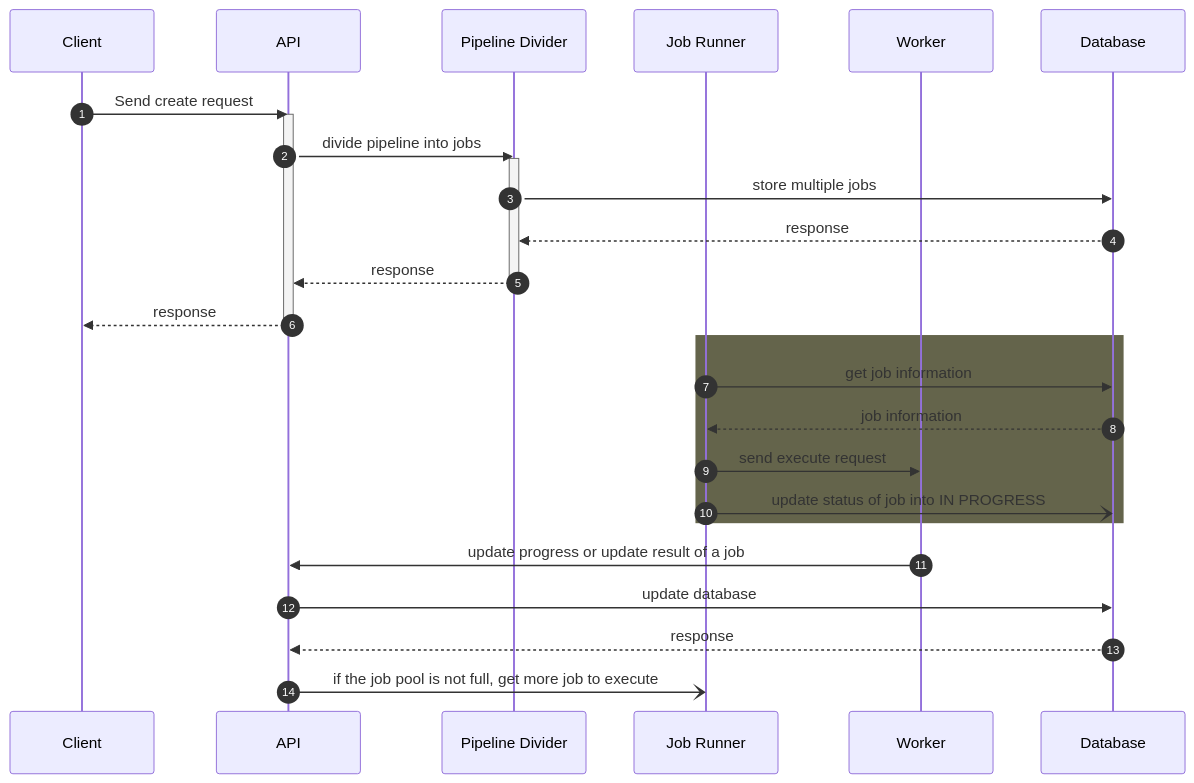
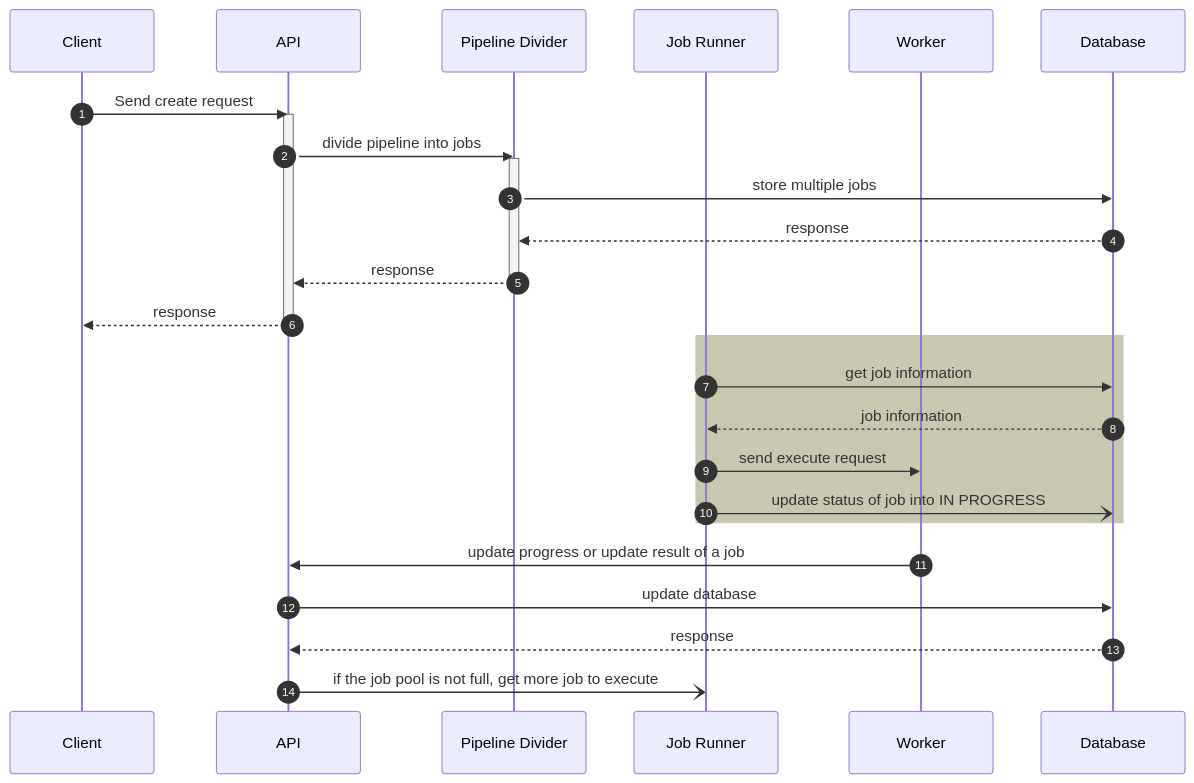
Before and after one commit to ducminhgd/task-pipeline: the second of 3 diagrams in README.md, drawn with Mermaid.

Commit message:
Change color

````diff
--- a/README.md
+++ b/README.md
@@ -108,31 +108,31 @@
 ```mermaid
 sequenceDiagram
     autonumber
     participant Client
     participant API
     participant Pipeline Divider
     participant Job Runner
     participant Worker
     participant Database
     Client ->> API: Send create request
     activate API
     API ->> Pipeline Divider: divide pipeline into jobs
     activate Pipeline Divider
     Pipeline Divider ->> Database: store multiple jobs
     Database -->> Pipeline Divider: response 
     Pipeline Divider -->> API: response
     deactivate Pipeline Divider
     API -->> Client: response
     deactivate API
-    rect rgb(100, 100, 75)
+    rect rgb(200, 200, 175)
     Job Runner ->> Database: get job information
     Database -->> Job Runner: job information
     Job Runner ->> Worker: send execute request
     Job Runner -) Database: update status of job into IN PROGRESS
     end
 
     Worker ->> API: update progress or update result of a job
     API ->> Database: update database
     Database -->> API: response
     API -) Job Runner: if the job pool is not full, get more job to execute
 ```
````
